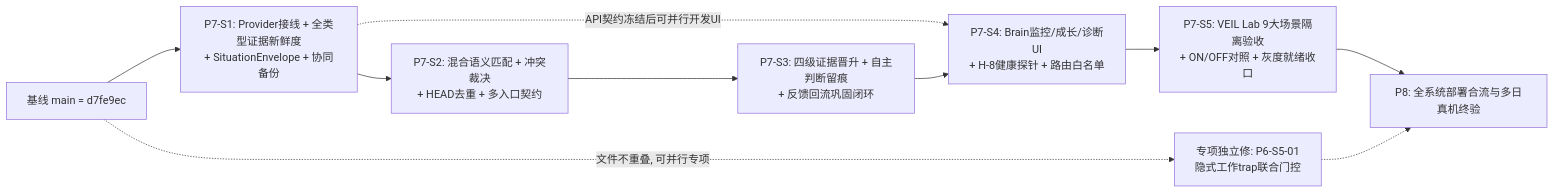
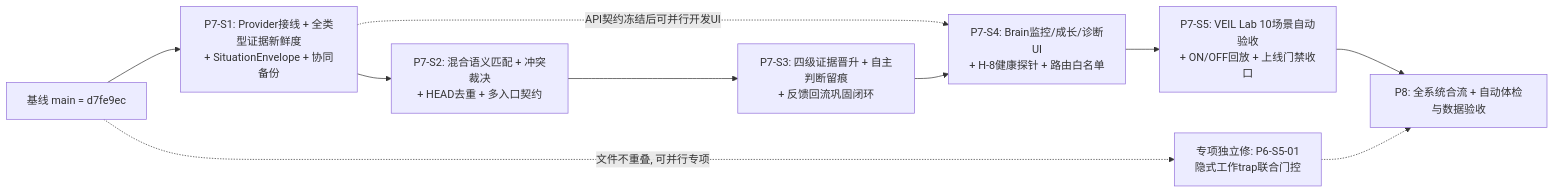
The fourth of 4 diagrams in docs/reports/p7-0-experience-injection-construction-plan-20261128.md (yecays-ai/veil-agent), drawn with Mermaid before and after one commit. The commit also changed other lines of this file and 3 other files, not shown here.

````diff
--- a/docs/reports/p7-0-experience-injection-construction-plan-20261128.md
+++ b/docs/reports/p7-0-experience-injection-construction-plan-20261128.md
@@ -422,12 +427,12 @@
 ```mermaid
 flowchart LR
     Base["基线 main = d7fe9ec"] --> S1["P7-S1: Provider接线 + 全类型证据新鲜度\n+ SituationEnvelope + 协同备份"]
     Base -.->|"文件不重叠, 可并行专项"| S5Trap["专项独立修: P6-S5-01\n隐式工作trap联合门控"]
     S1 --> S2["P7-S2: 混合语义匹配 + 冲突裁决\n+ HEAD去重 + 多入口契约"]
     S2 --> S3["P7-S3: 四级证据晋升 + 自主判断留痕\n+ 反馈回流巩固闭环"]
     S1 -.->|"API契约冻结后可并行开发UI"| S4["P7-S4: Brain监控/成长/诊断UI\n+ H-8健康探针 + 路由白名单"]
     S3 --> S4
-    S4 --> S5["P7-S5: VEIL Lab 9大场景隔离验收\n+ ON/OFF对照 + 灰度就绪收口"]
-    S5 --> P8["P8: 全系统部署合流与多日真机终验"]
+    S4 --> S5["P7-S5: VEIL Lab 10场景自动验收\n+ ON/OFF回放 + 上线门禁收口"]
+    S5 --> P8["P8: 全系统合流 + 自动体检与数据验收"]
     S5Trap -.-> P8
 ```
````
